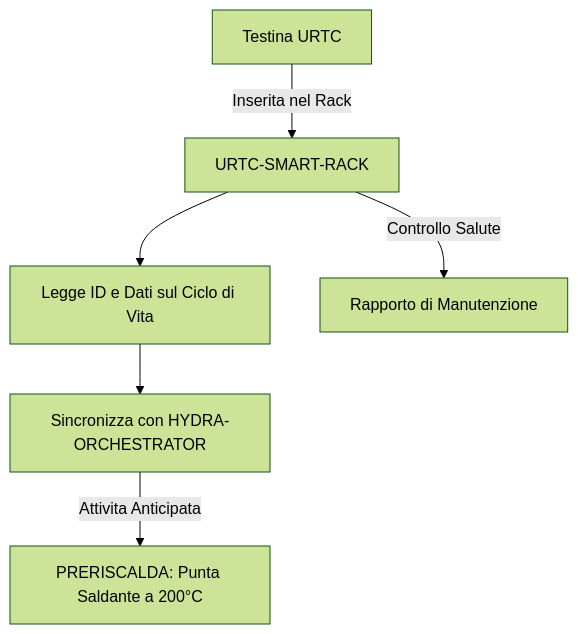
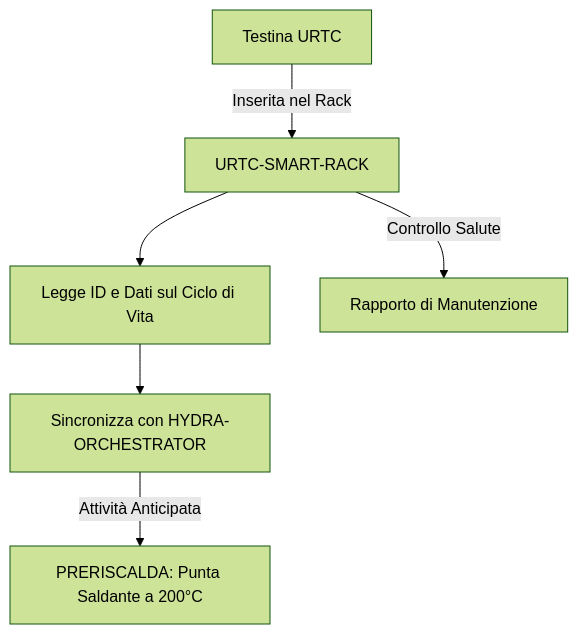
Before and after one commit to JuanenRac/URTC-SMART-RACK: the diagram in README_ita.md, drawn with Mermaid (forest theme). The commit also changed other lines of this file and 5 other files, not shown here.

````diff
--- a/README_ita.md
+++ b/README_ita.md
@@ -90,8 +90,8 @@
 ```mermaid
 flowchart TB
     TOOL["Testina URTC"] -- Inserita nel Rack --> RACK["URTC-SMART-RACK"]
     RACK --> IDENT["Legge ID e Dati sul Ciclo di Vita"]
     IDENT --> SYNC["Sincronizza con HYDRA-ORCHESTRATOR"]
-    SYNC -- Attivita Anticipata --> HEAT["PRERISCALDA: Punta Saldante a 200°C"]
+    SYNC -- Attività Anticipata --> HEAT["PRERISCALDA: Punta Saldante a 200°C"]
     RACK -- Controllo Salute --> LOG["Rapporto di Manutenzione"]
 ```
````
